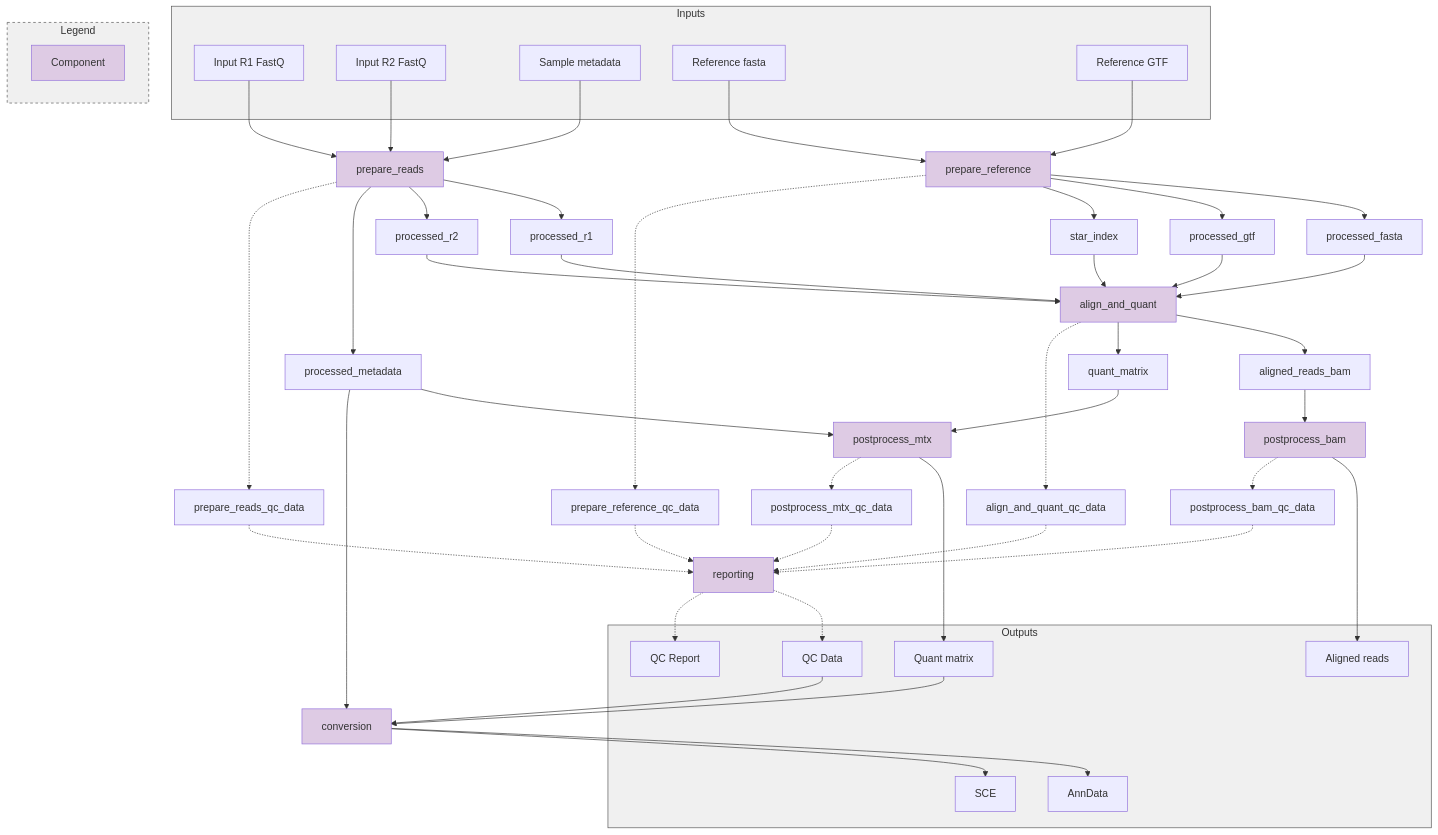
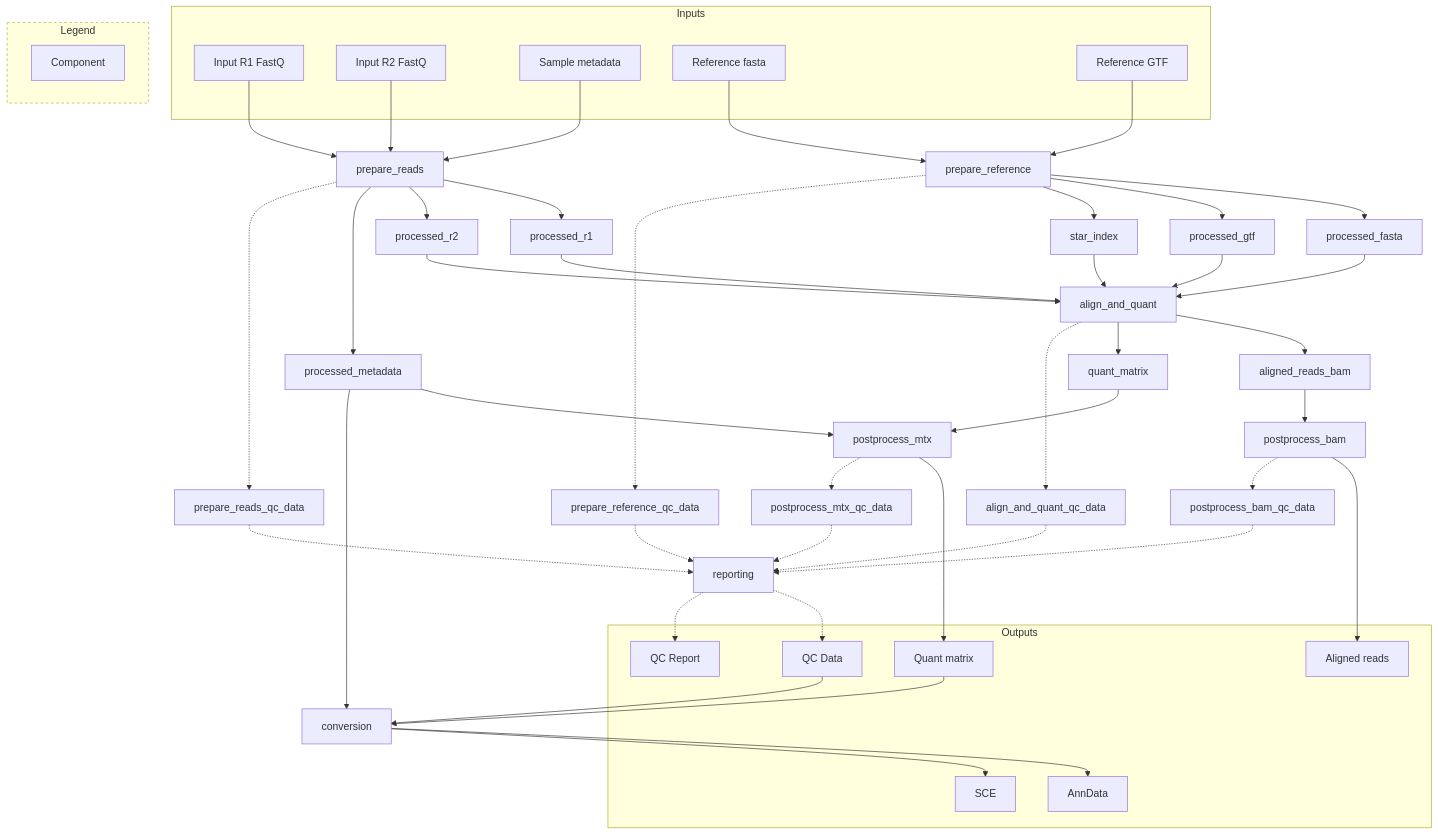
One commit to viash-hub/rnaseq changed the first of 2 diagrams in README.md. Above: the diagram before and after it, drawn with Mermaid. The commit also changed other lines of this file and 1 other file, not shown here.

````diff
--- a/README.md
+++ b/README.md
@@ -8,61 +8,58 @@
 ``` mermaid
 flowchart TB
 
   subgraph inputs[Inputs]
     input_r1[Input R1 FastQ]
     input_r2[Input R2 FastQ]
     sample_metadata[Sample metadata]
     reference_fasta[Reference fasta]
     reference_gtf[Reference GTF]
   end
   inputs:::io
 
   input_r1 & input_r2 & sample_metadata --> prepare_reads --> processed_r1 & processed_r2 & processed_metadata
   prepare_reads:::comp
 
   prepare_reads -.-> prepare_reads_qc_data
 
   reference_fasta & reference_gtf --> prepare_reference --> processed_fasta & processed_gtf & star_index
   prepare_reference:::comp
 
   prepare_reference -.-> prepare_reference_qc_data
 
   processed_r1 & processed_r2 & star_index & processed_fasta & processed_gtf --> align_and_quant --> aligned_reads_bam & quant_matrix
   align_and_quant:::comp
   align_and_quant -.-> align_and_quant_qc_data
 
   aligned_reads_bam --> postprocess_bam --> output_aligned_reads_bam
   postprocess_bam:::comp
   postprocess_bam -.-> postprocess_bam_qc_data
 
   quant_matrix & processed_metadata --> postprocess_mtx --> output_quant_matrix
   postprocess_mtx:::comp
   postprocess_mtx -.-> postprocess_mtx_qc_data
 
   prepare_reads_qc_data & prepare_reference_qc_data & align_and_quant_qc_data & postprocess_bam_qc_data & postprocess_mtx_qc_data -.-> reporting -.-> output_combined_qc_data & output_combined_qc_report
   reporting:::comp
 
   processed_metadata & output_quant_matrix & output_combined_qc_data --> conversion --> output_anndata & output_sce
   conversion:::comp
 
   subgraph outputs[Outputs]
     output_aligned_reads_bam[Aligned reads]
     output_quant_matrix[Quant matrix]
     output_combined_qc_data[QC Data]
     output_combined_qc_report[QC Report]
     output_anndata[AnnData]
     output_sce[SCE]
   end
   outputs:::io
 
   subgraph legend[Legend]
     comp[Component]:::comp
   end
   legend:::info
 
 
-  classDef comp fill:#decbe4
-  classDef io fill:#f0f0f0,stroke:#525252
-  classDef subwf fill:#d9d9d9,stroke:#525252
-  classDef info fill:#f0f0f0,stroke:#525252,stroke-dasharray: 4 4
+  classDef info stroke-dasharray: 4 4
 ```
````
